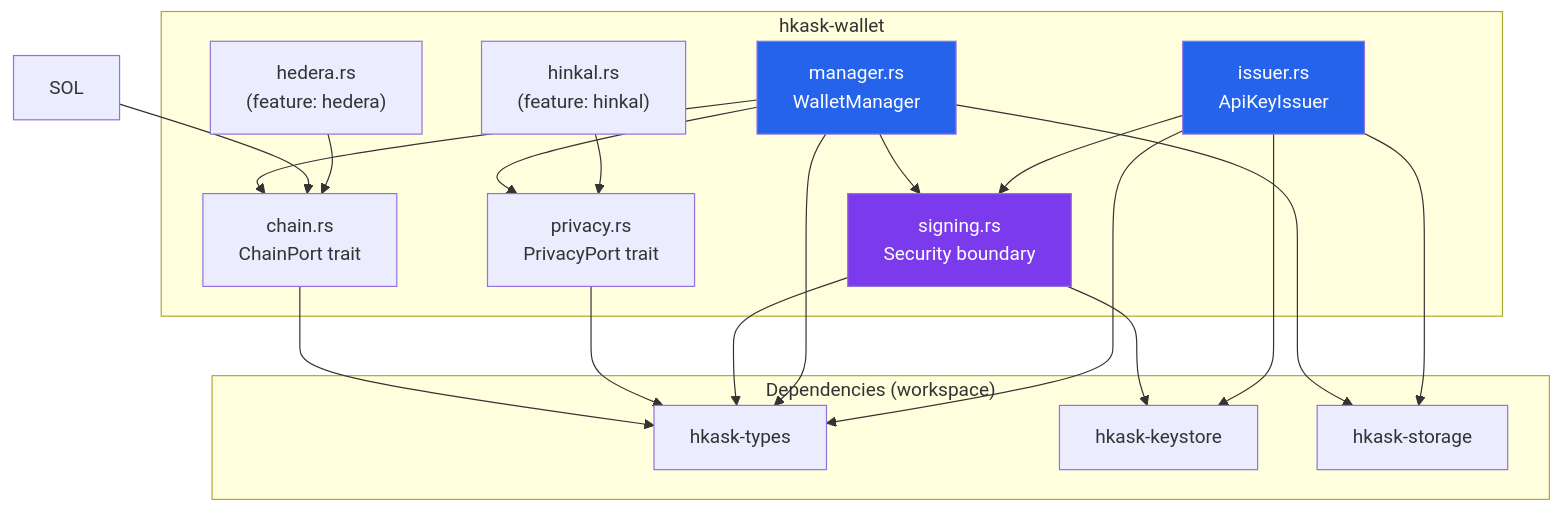
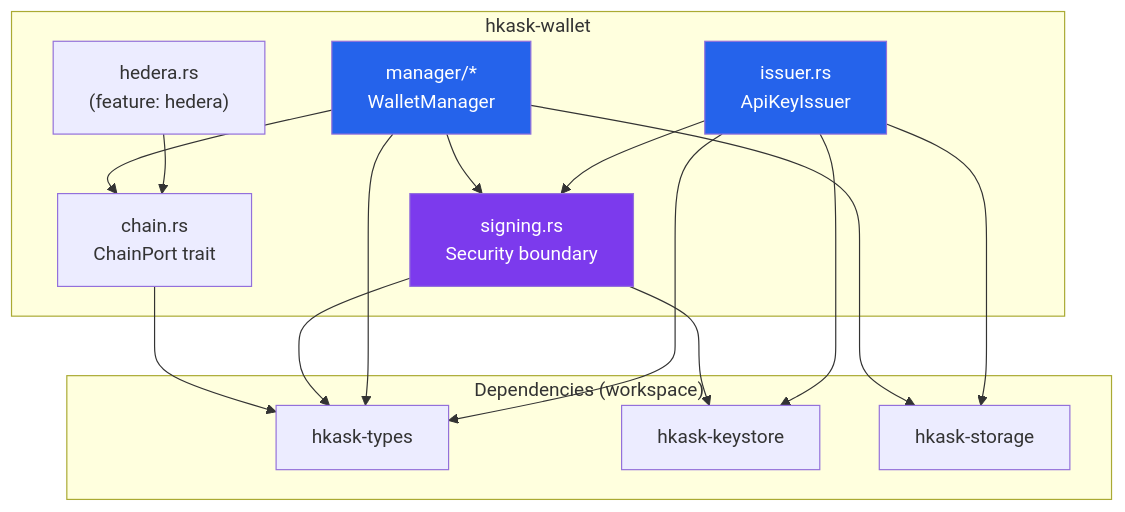
One commit to mdz-axo/hKask changed the first of 4 diagrams in docs/specifications/wallet-specification.md. Above: the diagram before and after it, drawn with Mermaid. The commit also changed other lines of this file and 17 other files, not shown here.

First line of the commit message:
Update keychain keys and wallet deposit flow

````diff
--- a/docs/specifications/wallet-specification.md
+++ b/docs/specifications/wallet-specification.md
@@ -75,39 +79,33 @@
 ```mermaid
 graph TD
     subgraph "hkask-wallet"
         CHAIN["chain.rs<br/>ChainPort trait"]
-        PRIV["privacy.rs<br/>PrivacyPort trait"]
         SIGN["signing.rs<br/>Security boundary"]
-        MGR["manager.rs<br/>WalletManager"]
+        MGR["manager/*<br/>WalletManager"]
         ISS["issuer.rs<br/>ApiKeyIssuer"]
         HED["hedera.rs<br/>(feature: hedera)"]
-        HINK["hinkal.rs<br/>(feature: hinkal)"]
     end
 
     subgraph "Dependencies (workspace)"
         TYPES["hkask-types"]
         KS["hkask-keystore"]
         STORE["hkask-storage"]
     end
 
     CHAIN --> TYPES
-    PRIV --> TYPES
     SIGN --> KS
     SIGN --> TYPES
     MGR --> CHAIN
-    MGR --> PRIV
     MGR --> SIGN
     MGR --> STORE
     MGR --> TYPES
     ISS --> SIGN
     ISS --> STORE
     ISS --> KS
     ISS --> TYPES
-    SOL --> CHAIN
     HED --> CHAIN
-    HINK --> PRIV
 
     style SIGN fill:#7c3aed,color:#fff
     style MGR fill:#2563eb,color:#fff
     style ISS fill:#2563eb,color:#fff
 ```
````
